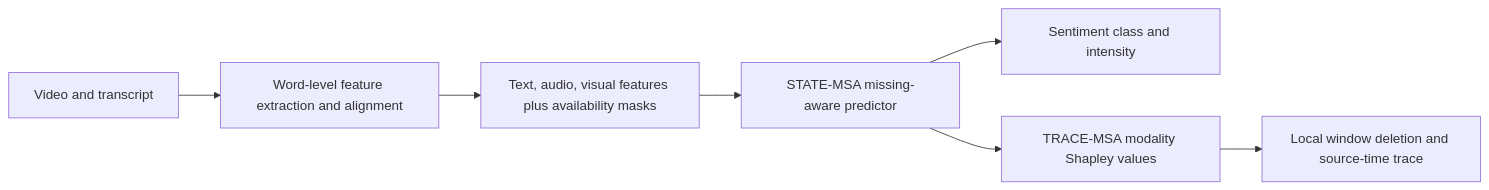
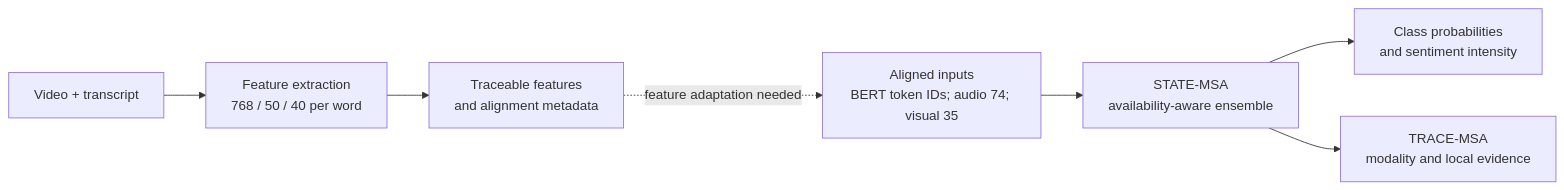
One commit to ChengruiHan/robust-multimodal-sentiment changed the diagram in README.md. Above: the diagram before and after it, drawn with Mermaid. The commit also changed other lines of this file and 68 other files, not shown here.

````diff
--- a/README.md
+++ b/README.md
@@ -19,9 +25,9 @@
 ```mermaid
 flowchart LR
-    V[Video and transcript] --> F[Word-level feature extraction and alignment]
-    F --> X[Text, audio, visual features plus availability masks]
-    X --> S[STATE-MSA missing-aware predictor]
-    S --> P[Sentiment class and intensity]
-    S --> T[TRACE-MSA modality Shapley values]
-    T --> L[Local window deletion and source-time trace]
+    D[Aligned inputs<br/>BERT token IDs; audio 74; visual 35] --> M[STATE-MSA<br/>availability-aware ensemble]
+    M --> P[Class probabilities<br/>and sentiment intensity]
+    M --> E[TRACE-MSA<br/>modality and local evidence]
+    V[Video + transcript] --> X[Feature extraction<br/>768 / 50 / 40 per word]
+    X --> A[Traceable features<br/>and alignment metadata]
+    A -. feature adaptation needed .-> D
 ```
````
